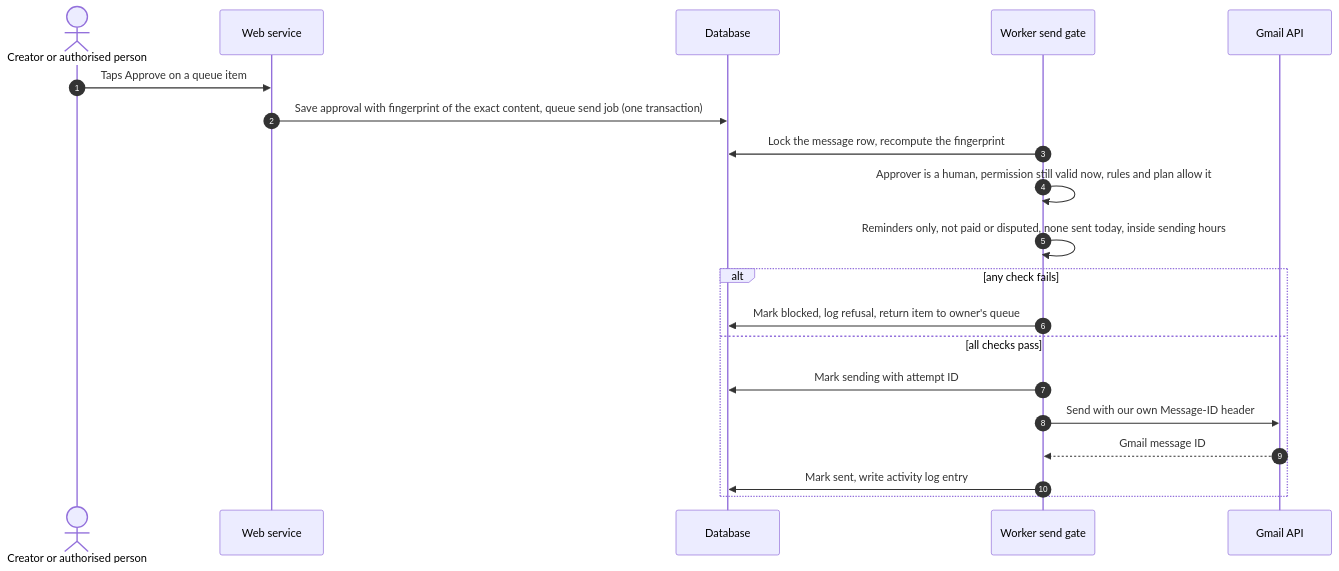
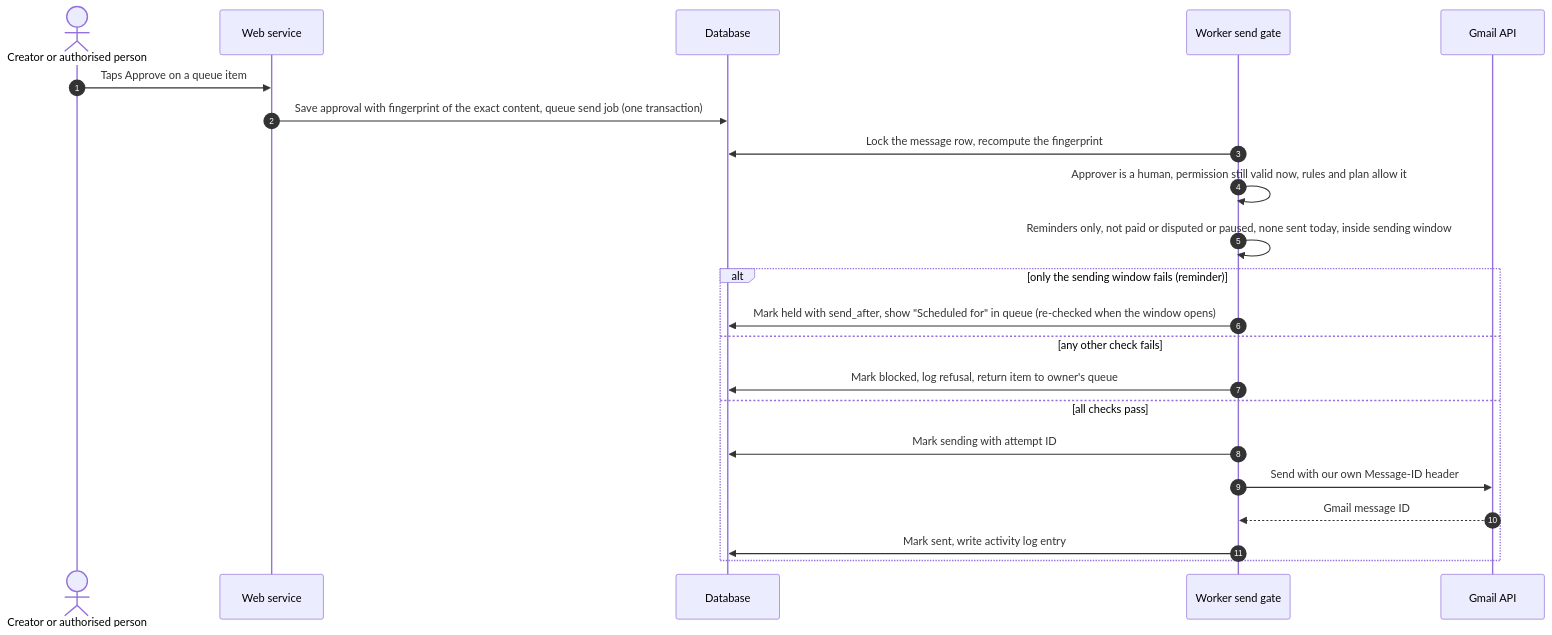
The eighth of 8 diagrams in docs/03-architecture/architecture.md (Reeju/backstage-hq), drawn with Mermaid before and after one commit. The commit also changed other lines of this file and 7 other files, not shown here.

````diff
--- a/docs/03-architecture/architecture.md
+++ b/docs/03-architecture/architecture.md
@@ -919,22 +986,24 @@
 ```mermaid
 sequenceDiagram
     autonumber
     actor C as Creator or authorised person
     participant W as Web service
     participant D as Database
     participant K as Worker send gate
     participant G as Gmail API
     C->>W: Taps Approve on a queue item
     W->>D: Save approval with fingerprint of the exact content, queue send job (one transaction)
     K->>D: Lock the message row, recompute the fingerprint
     K->>K: Approver is a human, permission still valid now, rules and plan allow it
-    K->>K: Reminders only, not paid or disputed, none sent today, inside sending hours
-    alt any check fails
+    K->>K: Reminders only, not paid or disputed or paused, none sent today, inside sending window
+    alt only the sending window fails (reminder)
+        K->>D: Mark held with send_after, show "Scheduled for" in queue (re-checked when the window opens)
+    else any other check fails
         K->>D: Mark blocked, log refusal, return item to owner's queue
     else all checks pass
         K->>D: Mark sending with attempt ID
         K->>G: Send with our own Message-ID header
         G-->>K: Gmail message ID
         K->>D: Mark sent, write activity log entry
     end
 ```
````
